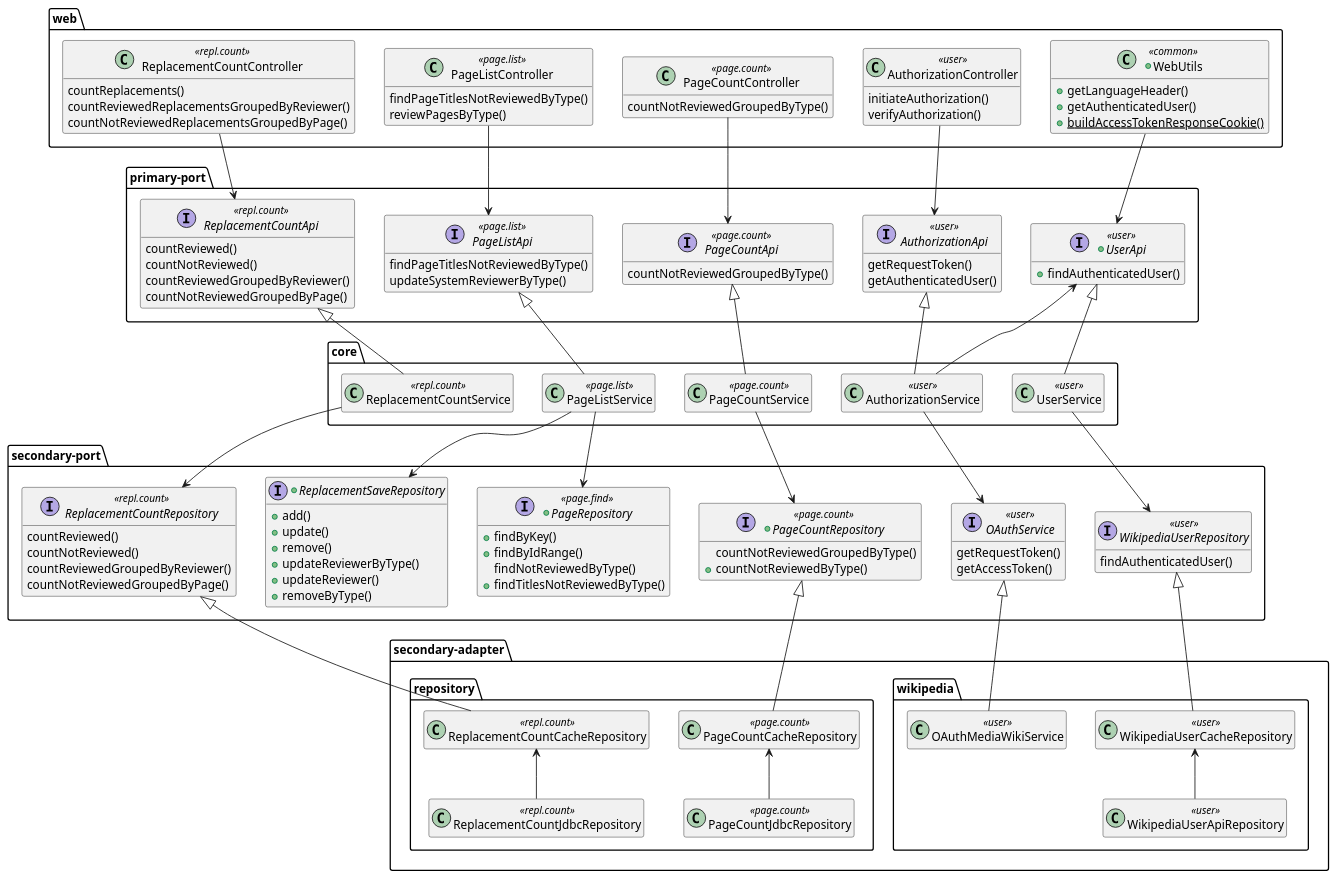
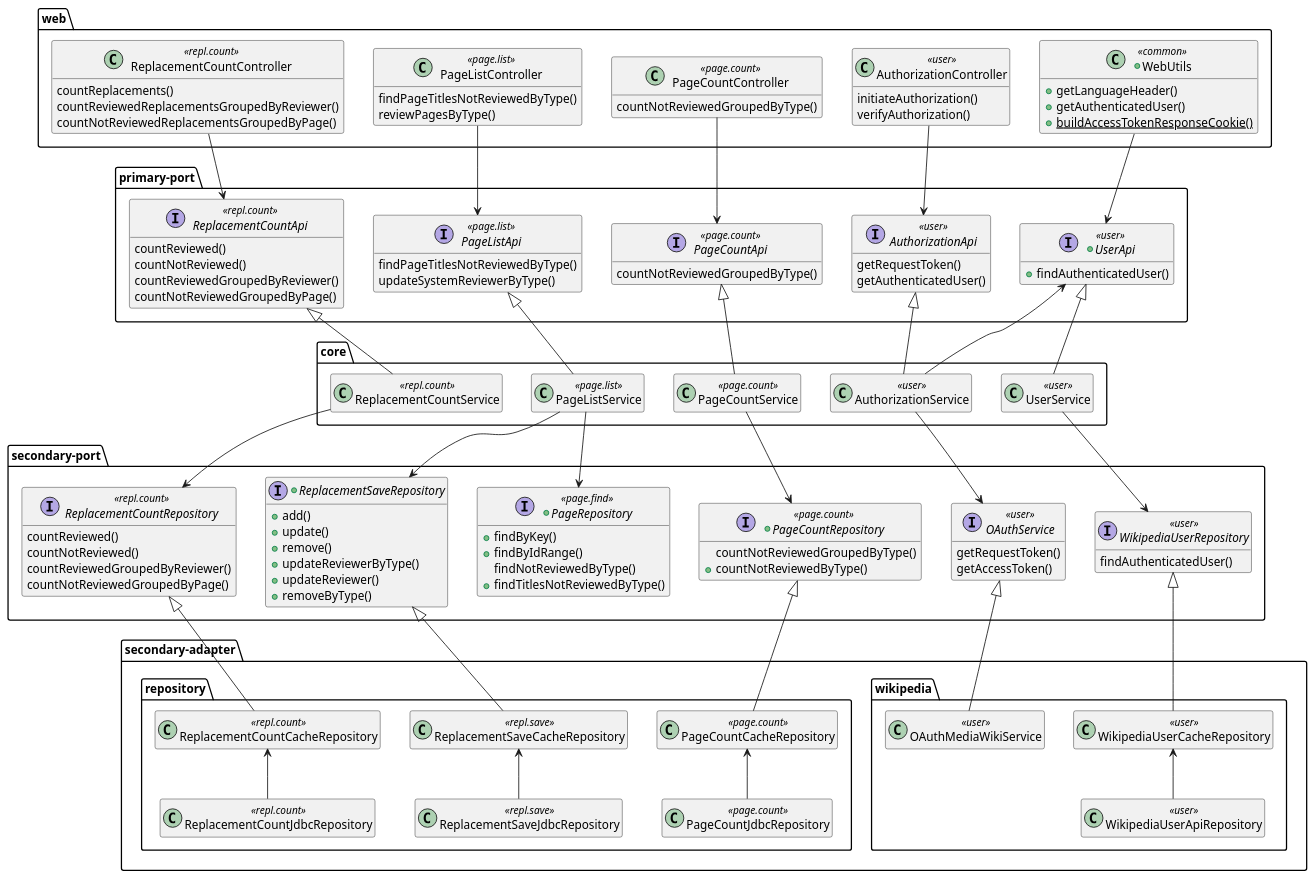
Before and after one commit to benjavalero/replacer: the diagram in class-relationships.puml, drawn with PlantUML.

Commit message:
package replacement save

```diff
--- a/class-relationships.puml
+++ b/class-relationships.puml
@@ -195,10 +195,18 @@
     +updateReviewer()
     +removeByType()
     'TODO También lo usan ReviewTypeFinder, ReplacementTypeSaveService, PageSaveJdbcRepository
-    'TODO y  ReplacementSaveXxxRepository
+  }
+}
+
+package secondary-adapter {
+  package repository {
+    class ReplacementSaveCacheRepository <<repl.save>>
+    class ReplacementSaveJdbcRepository <<repl.save>>
   }
 }
 
 PageListService --> ReplacementSaveRepository
+ReplacementSaveRepository <|-- ReplacementSaveCacheRepository
+ReplacementSaveCacheRepository <-- ReplacementSaveJdbcRepository
 
 @enduml
```
